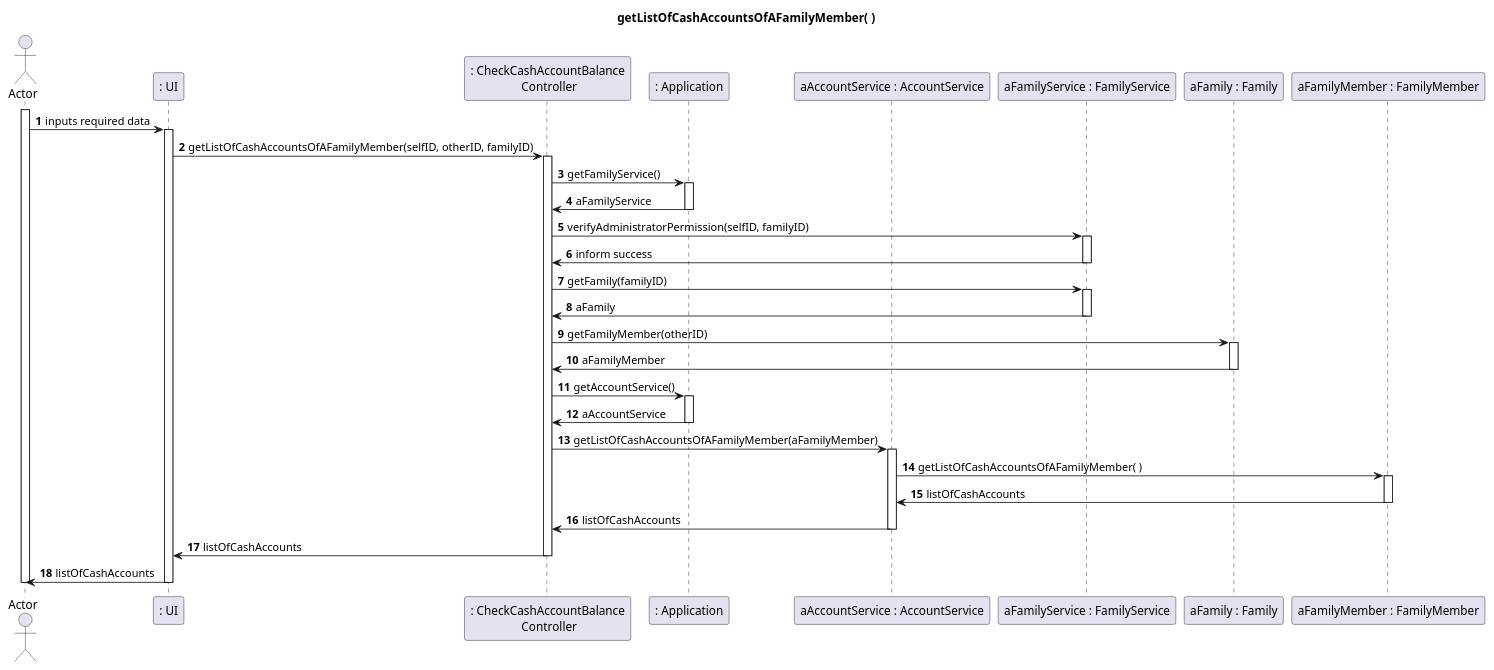
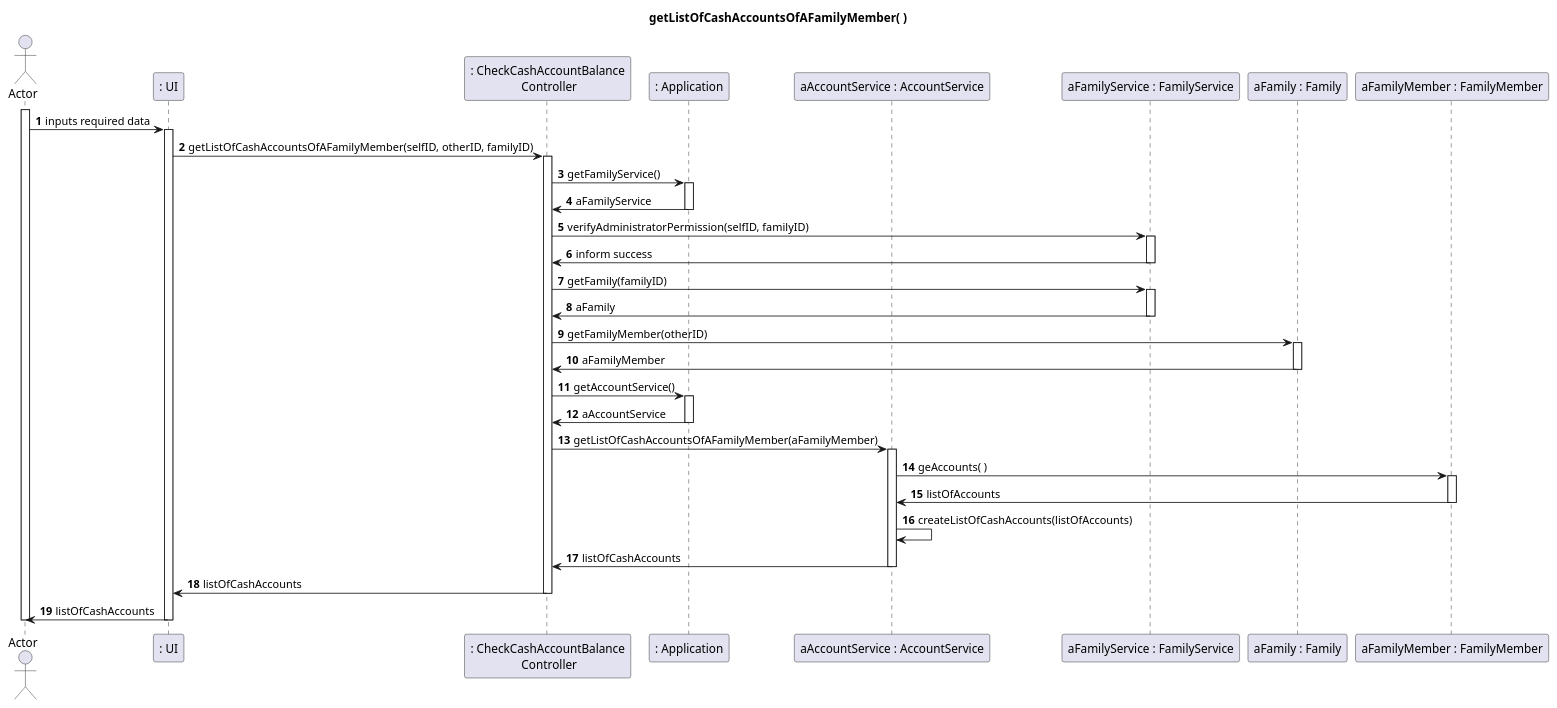
One commit to tomas-osswald/switch_2020_g3 changed the sixth of 6 diagrams in docs/sprint2/user_stories/US135_CheckFamilyOrFamilyMemberCashAccountBalance.md. Above: the diagram before and after it, drawn with PlantUML. The commit also changed 7 other files, not shown here.

Commit message:
implementation of getListOfCashAccountsOfAFamilyMember

````diff
--- a/docs/sprint2/user_stories/US135_CheckFamilyOrFamilyMemberCashAccountBalance.md
+++ b/docs/sprint2/user_stories/US135_CheckFamilyOrFamilyMemberCashAccountBalance.md
@@ -266,63 +266,62 @@
 ```puml
 autonumber 1
 title getListOfCashAccountsOfAFamilyMember( )
 actor "Actor" as actor
 participant ": UI" as UI
 participant ": CheckCashAccountBalance\n Controller" as controller
 participant ": Application" as app
 participant "aAccountService : AccountService" as aserv
 participant "aFamilyService : FamilyService" as fserv
 participant "aFamily : Family" as family
 participant "aFamilyMember : FamilyMember" as familyMember
 
 activate actor
 actor -> UI : inputs required data
 activate UI
 UI -> controller : getListOfCashAccountsOfAFamilyMember(selfID, otherID, familyID)
 
 activate controller
 controller -> app : getFamilyService()
 activate app
 app -> controller : aFamilyService
 deactivate app
 
 controller -> fserv : verifyAdministratorPermission(selfID, familyID)
 activate fserv
 fserv -> controller : inform success
 deactivate fserv
 
 controller -> fserv : getFamily(familyID)
 activate fserv
 fserv -> controller : aFamily
 deactivate fserv
 
 controller -> family : getFamilyMember(otherID)
 activate family
 family -> controller : aFamilyMember
 deactivate family
 
 controller -> app : getAccountService()
 activate app
 controller <- app : aAccountService
 deactivate app
 
 controller -> aserv : getListOfCashAccountsOfAFamilyMember(aFamilyMember)
 activate aserv
-aserv -> familyMember : getListOfCashAccountsOfAFamilyMember( )
-
+aserv -> familyMember : geAccounts( )
 activate familyMember
 
+familyMember -> aserv : listOfAccounts
+deactivate familyMember
 
-familyMember -> aserv : listOfCashAccounts
-deactivate familyMember
-deactivate familyMember
+aserv -> aserv : createListOfCashAccounts(listOfAccounts)
 aserv -> controller : listOfCashAccounts
 deactivate aserv
 
 controller -> UI : listOfCashAccounts
 deactivate controller
 
 UI -> actor : listOfCashAccounts
 deactivate UI
 deactivate actor
 ```
````
